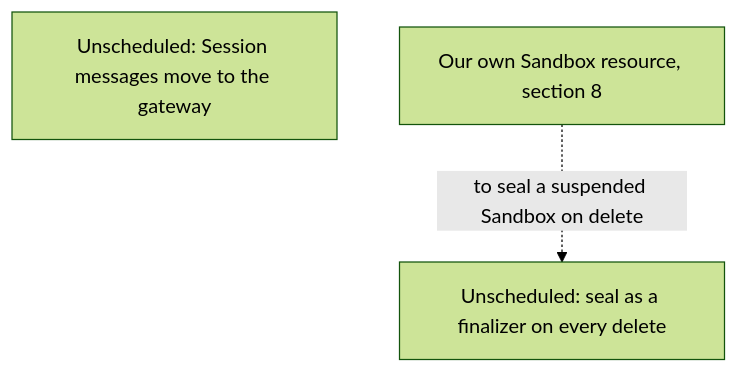
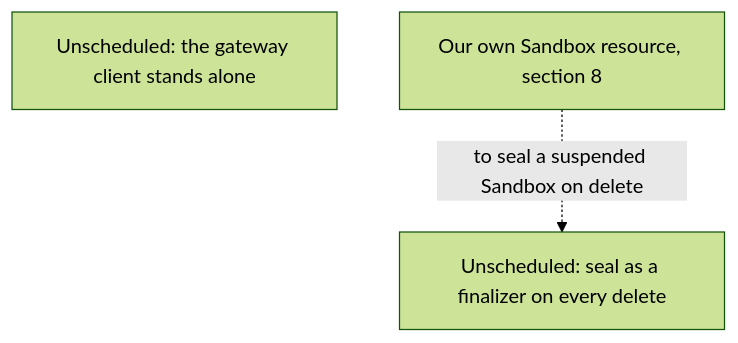
Diagram 13 of 14 in agentplane/plans/task_dag.md (agentydragon-agent/ducktape), drawn with Mermaid (forest theme) before and after one commit. The commit also changed other lines of this file and 17 other files, not shown here.

````diff
--- a/agentplane/plans/task_dag.md
+++ b/agentplane/plans/task_dag.md
@@ -885,7 +885,7 @@
 ```mermaid
 flowchart TD
-    GATEWAY_CLIENT_SPLIT[Unscheduled: Session messages move to the gateway]
+    GATEWAY_CLIENT_SPLIT[Unscheduled: the gateway client stands alone]
     AGENTPLANE_SANDBOX_RESOURCE[Our own Sandbox resource, section 8]
     SEAL_FINALIZER[Unscheduled: seal as a finalizer on every delete]
     AGENTPLANE_SANDBOX_RESOURCE -. to seal a suspended Sandbox on delete .-> SEAL_FINALIZER
 ```
````
